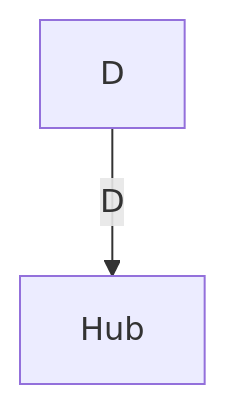
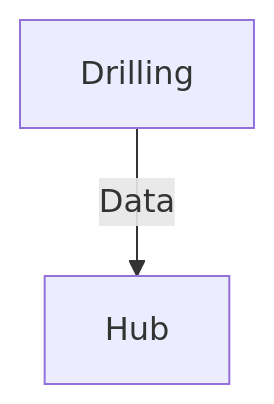
Before and after one commit to D-WIS/DDHub-Semantic-Interoperability: the diagram in README.md, drawn with Mermaid.

````diff
--- a/README.md
+++ b/README.md
@@ -19,4 +19,4 @@
 ```mermaid
   graph TD;
-      D-- D -->Hub;      
+      Drilling-- Data -->Hub;      
 ```
````
